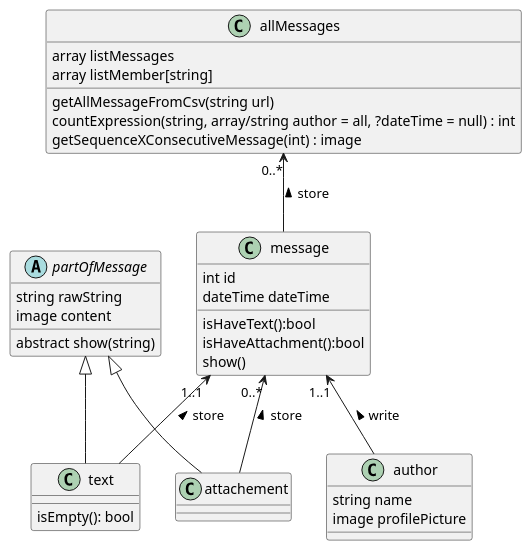
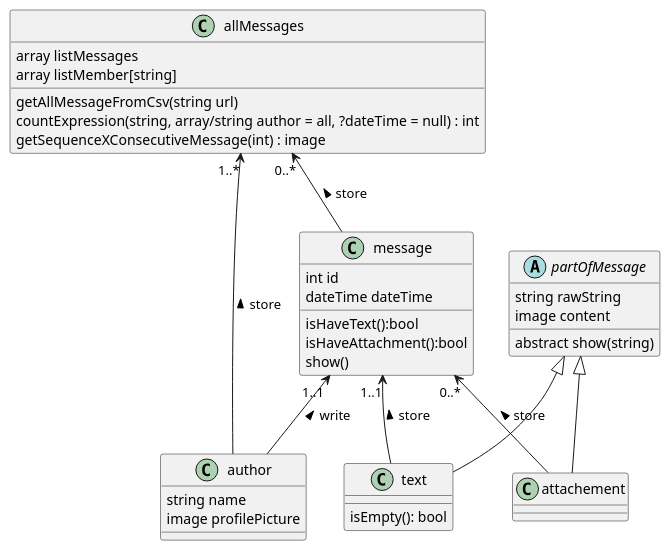
One commit to SNEAXIII/Discord-Conversation-Parsing changed the diagram in diags.puml. Above: the diagram before and after it, drawn with PlantUML.

```diff
--- a/diags.puml
+++ b/diags.puml
@@ -1,45 +1,46 @@
 @startuml
 
 class allMessages {
 array listMessages
 array listMember[string]
 getAllMessageFromCsv(string url)
 countExpression(string, array/string author = all, ?dateTime = null) : int
 getSequenceXConsecutiveMessage(int) : image
 }
 
 class message {
 int id
 dateTime dateTime
 isHaveText():bool
 isHaveAttachment():bool
 show()
 }
 
 abstract class partOfMessage {
 string rawString
 image content
 abstract show(string)
 }
 
 class attachement {
 }
 
 class text {
 isEmpty(): bool
 }
 
 class author {
 string name
 image profilePicture
 }
 
 
 allMessages "0..*"<-- message : store <
 message "0..*"<-- attachement : store <
 message "1..1"<-- text : store <
 message "1..1"<-- author : write <
+allMessages "1..*"<-- author : store <
 partOfMessage <|-- attachement
 partOfMessage <|-- text
 
 @enduml
```
